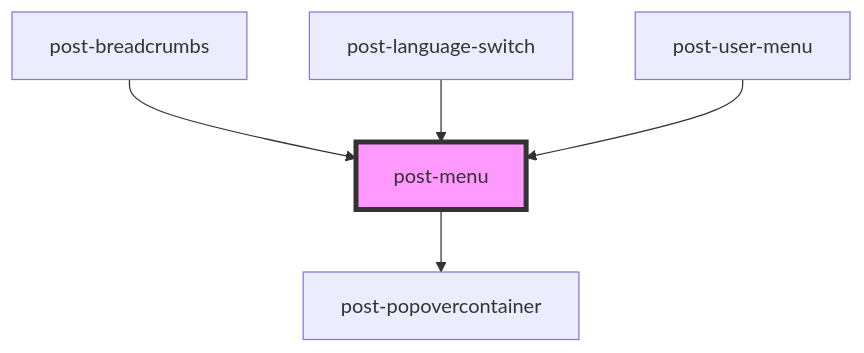
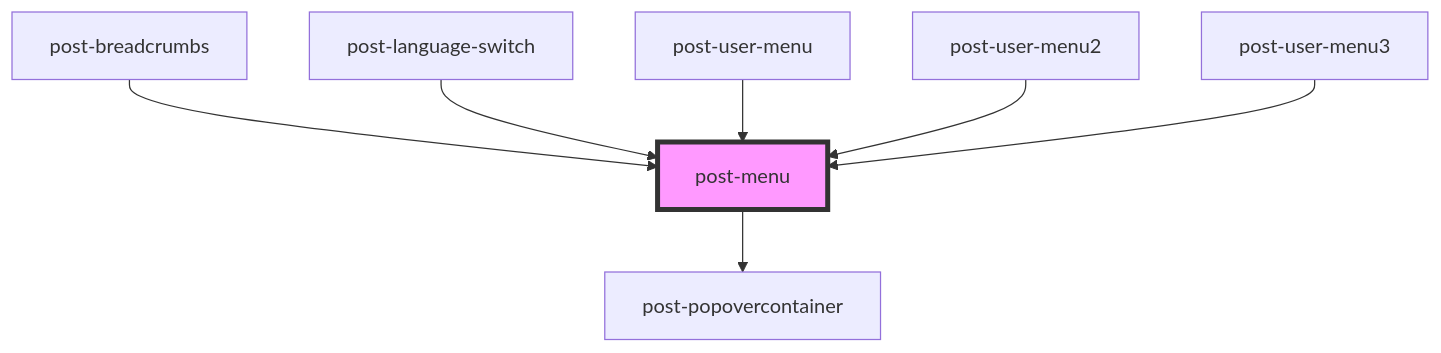
One commit to swisspost/design-system changed the diagram in packages/components/src/components/post-menu/readme.md. Above: the diagram before and after it, drawn with Mermaid. The commit also changed other lines of this file and 1 other file, not shown here.

````diff
--- a/packages/components/src/components/post-menu/readme.md
+++ b/packages/components/src/components/post-menu/readme.md
@@ -87,8 +89,10 @@
 ```mermaid
 graph TD;
   post-menu --> post-popovercontainer
   post-breadcrumbs --> post-menu
   post-language-switch --> post-menu
   post-user-menu --> post-menu
+  post-user-menu2 --> post-menu
+  post-user-menu3 --> post-menu
   style post-menu fill:#f9f,stroke:#333,stroke-width:4px
 ```
````
